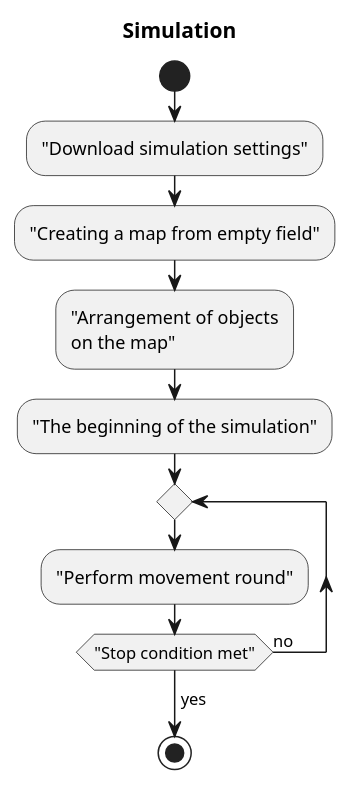
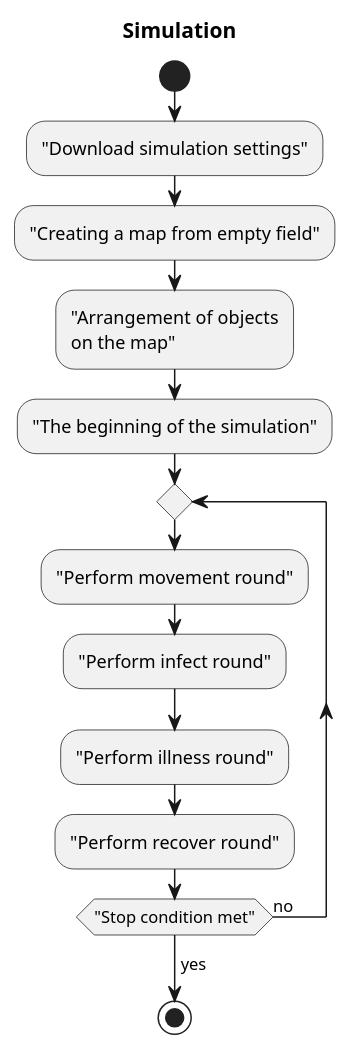
The diagram in dokumentacja/Activity_diagram/Simulation/beginning_diagram.plantuml (karolWazny/plague-repo), drawn with PlantUML before and after one commit.

Commit message:
Zmiana simulation

```diff
--- a/dokumentacja/Activity_diagram/Simulation/beginning_diagram.plantuml
+++ b/dokumentacja/Activity_diagram/Simulation/beginning_diagram.plantuml
@@ -1,13 +1,16 @@
 @startuml beginning diagram 
 title Simulation
 start
 :"Download simulation settings";
 :"Creating a map from empty field";
 :"Arrangement of objects\non the map";
 :"The beginning of the simulation";
 repeat
 :"Perform movement round";
+:"Perform infect round";
+:"Perform illness round";
+:"Perform recover round";
 repeat while("Stop condition met") is (no)
 ->yes; 
 stop
 @enduml
```
